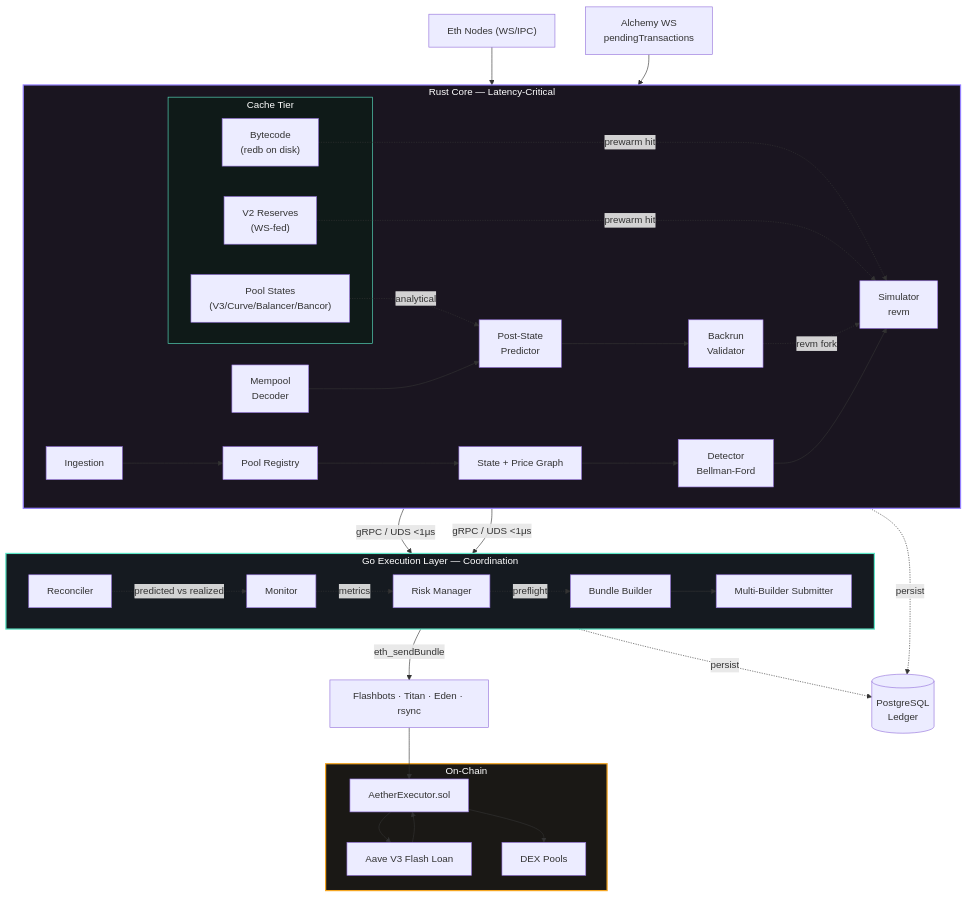
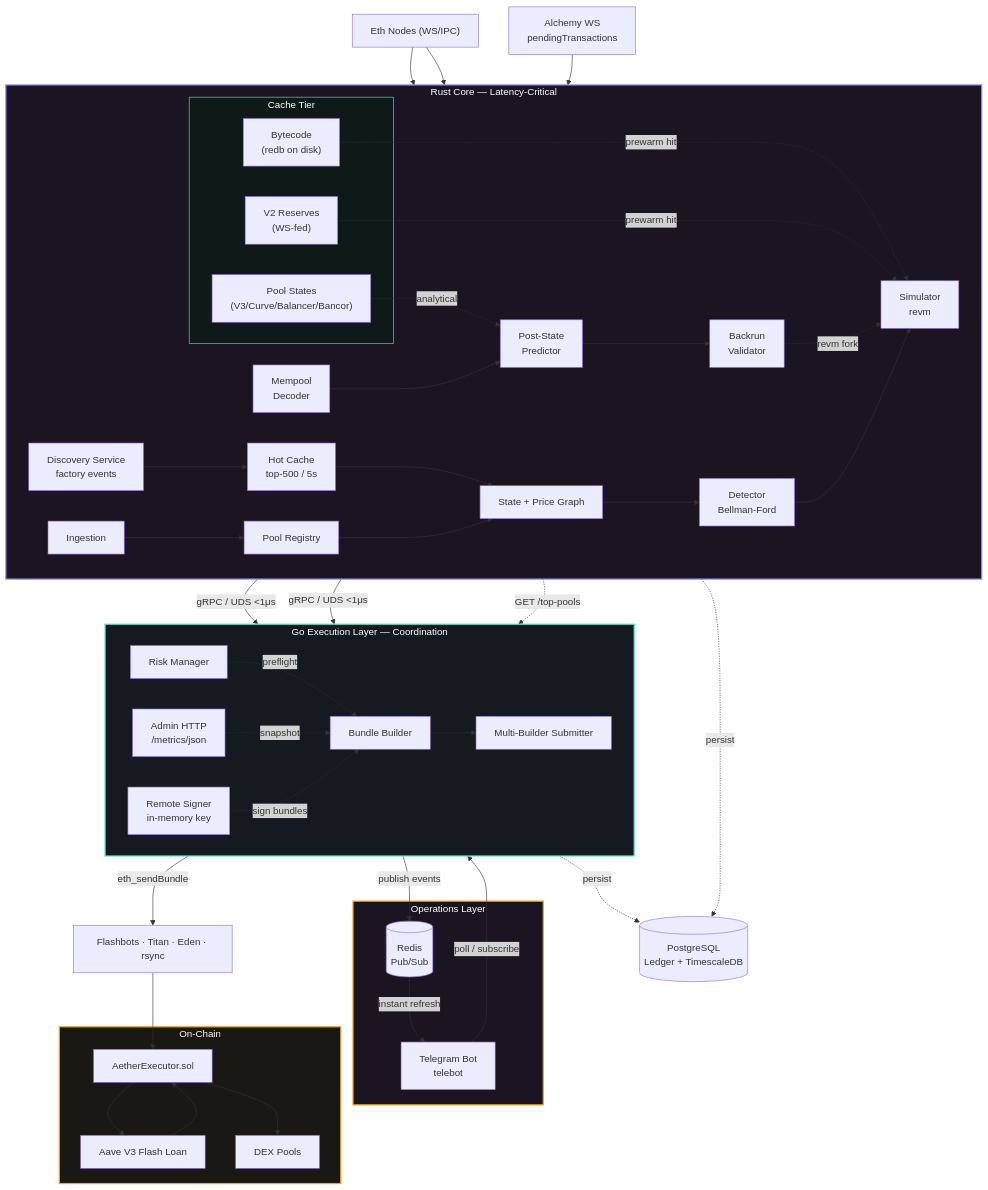
Before and after one commit to Denis123-rg/Aether: the first of 3 diagrams in README.md, drawn with Mermaid. The commit also changed other lines of this file and 33 other files, not shown here.

First line of the commit message:
feat(phases-3-6): add Telegram dashboard, Redis events, E2E tests, documentation

````diff
--- a/README.md
+++ b/README.md
@@ -34,56 +38,69 @@
 ```mermaid
 graph TB
     ETH["Eth Nodes (WS/IPC)"]
     ALCH["Alchemy WS<br/>pendingTransactions"]
 
     subgraph RUST["Rust Core — Latency-Critical"]
         direction LR
-        IG["Ingestion"] --> PR["Pool Registry"] --> SM["State + Price Graph"]
+        DISC["Discovery Service<br/>factory events"] --> HC["Hot Cache<br/>top-500 / 5s"]
+        HC --> SM["State + Price Graph"]
+        IG["Ingestion"] --> PR["Pool Registry"] --> SM
         SM --> DT["Detector<br/>Bellman-Ford"] --> SIM["Simulator<br/>revm"]
 
         MP["Mempool<br/>Decoder"] --> PP["Post-State<br/>Predictor"] --> MV["Backrun<br/>Validator"]
 
         subgraph CACHE["Cache Tier"]
             BC["Bytecode<br/>(redb on disk)"]
             VR["V2 Reserves<br/>(WS-fed)"]
             PS["Pool States<br/>(V3/Curve/Balancer/Bancor)"]
         end
 
         BC -.->|prewarm hit| SIM
         VR -.->|prewarm hit| SIM
         PS -.->|analytical| PP
         MV -.->|revm fork| SIM
     end
 
     subgraph GO["Go Execution Layer — Coordination"]
         direction LR
         EX["Bundle Builder"] --> SUB["Multi-Builder Submitter"]
         RM["Risk Manager"] -.->|preflight| EX
-        MN["Monitor"] -.->|metrics| RM
-        REC["Reconciler"] -.->|predicted vs realized| MN
+        ADM["Admin HTTP<br/>/metrics/json"] -.->|snapshot| EX
+        SG["Remote Signer<br/>in-memory key"]
+    end
+
+    subgraph OPS["Operations Layer"]
+        TB["Telegram Bot<br/>telebot"] -->|poll / subscribe| ADM
+        REDIS[("Redis<br/>Pub/Sub")]
+        EX -->|publish events| REDIS
+        REDIS -->|instant refresh| TB
     end
 
     BUILDERS["Flashbots · Titan · Eden · rsync"]
 
     subgraph CHAIN["On-Chain"]
         AE["AetherExecutor.sol"] --> AAVE["Aave V3 Flash Loan"]
         AAVE --> AE
         AE --> DEXES["DEX Pools"]
     end
 
-    LEDGER[("PostgreSQL<br/>Ledger")]
+    LEDGER[("PostgreSQL<br/>Ledger + TimescaleDB")]
 
     ETH --> IG
+    ETH --> DISC
     ALCH --> MP
     SIM -->|gRPC / UDS <1μs| EX
     MV -->|gRPC / UDS <1μs| EX
+    SG -.->|sign bundles| EX
     SUB -->|eth_sendBundle| BUILDERS
     BUILDERS --> AE
     EX -.->|persist| LEDGER
     MV -.->|persist| LEDGER
+    HC -.->|GET /top-pools| ADM
 
     style RUST fill:#1a1520,stroke:#9580ff,stroke-width:2px,color:#fff
     style GO fill:#151a20,stroke:#5ce6c7,stroke-width:2px,color:#fff
+    style OPS fill:#1a1520,stroke:#f5a623,stroke-width:2px,color:#fff
     style CHAIN fill:#1a1815,stroke:#f5a623,stroke-width:2px,color:#fff
     style CACHE fill:#0f1a18,stroke:#5ce6c7,stroke-width:1px,color:#fff
 ```
````
